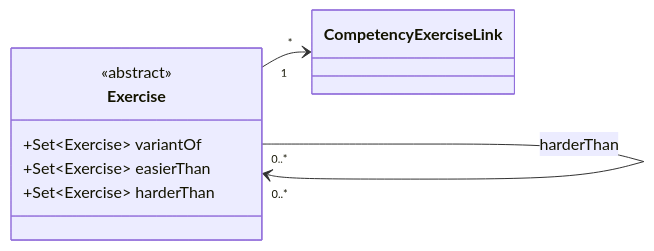
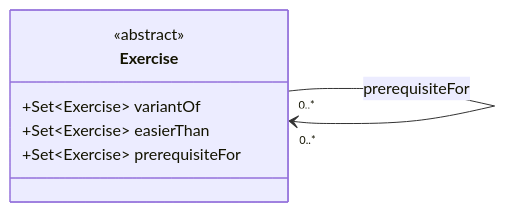
Before and after one commit to ls1intum/Artemis: the seventh of 7 diagrams in exercise-variants-plan-short.md, drawn with Mermaid. The commit also changed other lines of this file, not shown here.

````diff
--- a/exercise-variants-plan-short.md
+++ b/exercise-variants-plan-short.md
@@ -174,15 +196,14 @@
 ```mermaid
 classDiagram
     direction LR
     class Exercise {
         <<abstract>>
         +Set~Exercise~ variantOf
         +Set~Exercise~ easierThan
-        +Set~Exercise~ harderThan
+        +Set~Exercise~ prerequisiteFor
     }
 
-    Exercise "0..*" --> "0..*" Exercise : variantOf
+    Exercise "0..*" -- "0..*" Exercise : variantOf
     Exercise "0..*" --> "0..*" Exercise : easierThan
-    Exercise "0..*" --> "0..*" Exercise : harderThan
-    Exercise "1" --> "*" CompetencyExerciseLink
+    Exercise "0..*" --> "0..*" Exercise : prerequisiteFor
 ```
````
